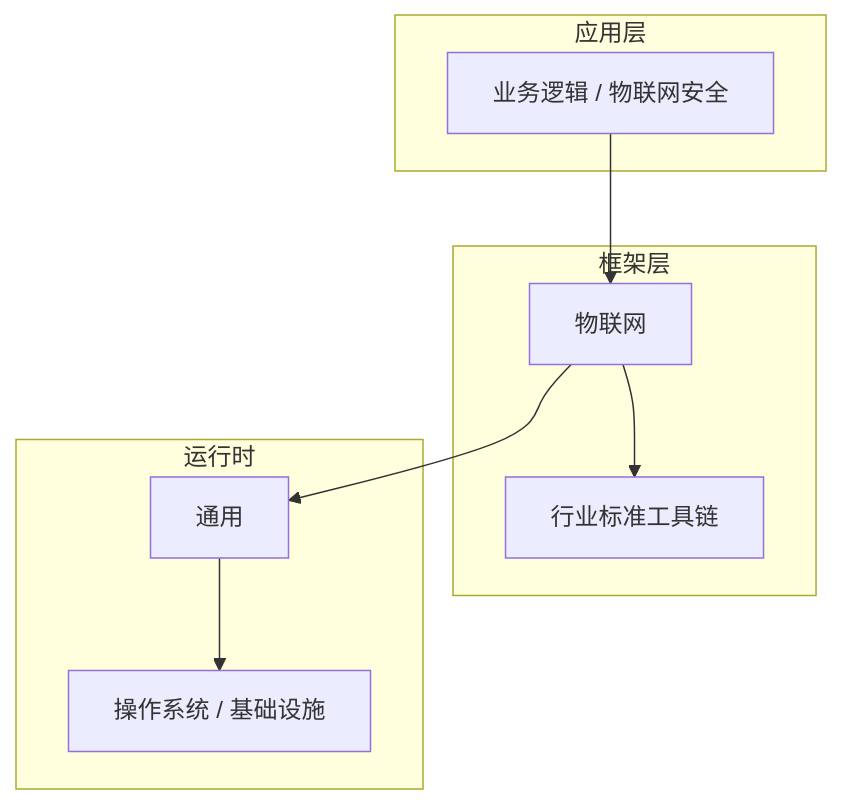
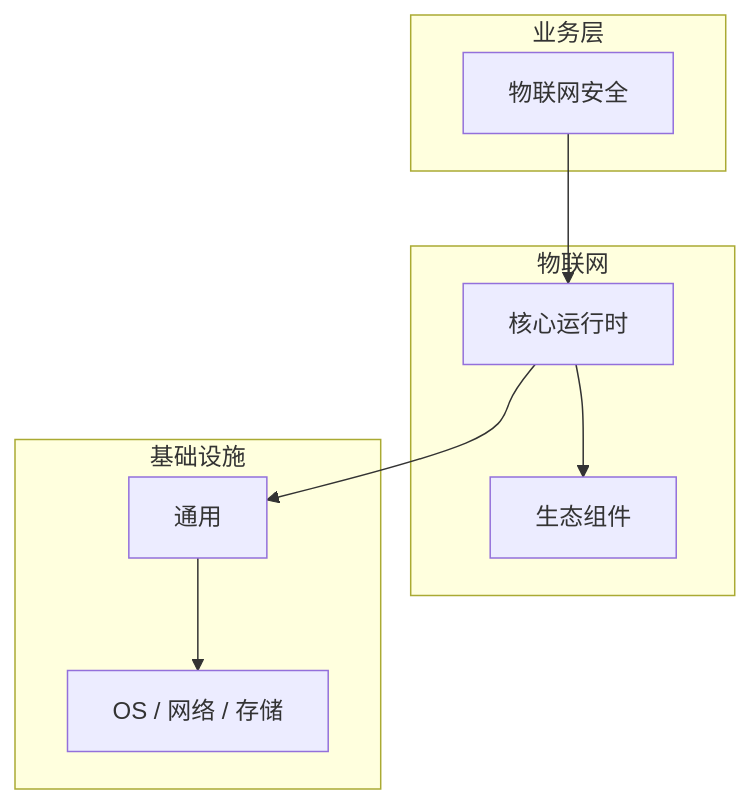
Before and after one commit to yanggan2015/knowledge-json-v2: the diagram in articles/物联网/chapters/051-物联网安全核心概念与原理.md, drawn with Mermaid. The commit also changed other lines of this file and 10127 other files, not shown here.

````diff
--- a/articles/物联网/chapters/051-物联网安全核心概念与原理.md
+++ b/articles/物联网/chapters/051-物联网安全核心概念与原理.md
@@ -45,18 +30,18 @@
 ```mermaid
 graph TB
-    subgraph 应用层
-        A[业务逻辑 / 物联网安全]
+    subgraph 业务层
+        A[物联网安全]
     end
-    subgraph 框架层
-        B[物联网]
-        C[行业标准工具链]
+    subgraph 物联网
+        B[核心运行时]
+        C[生态组件]
     end
-    subgraph 运行时
+    subgraph 基础设施
         D[通用]
-        E[操作系统 / 基础设施]
+        E[OS / 网络 / 存储]
     end
     A --> B
     B --> C
     B --> D
     D --> E
 ```
````
